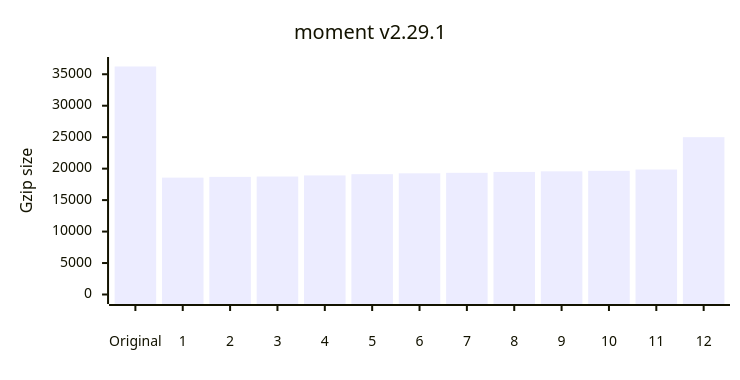
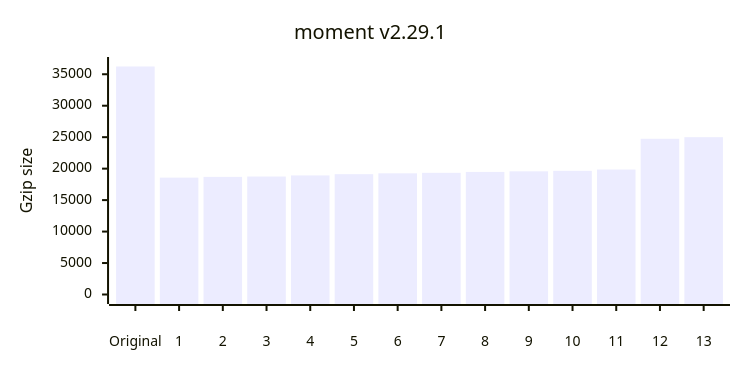
One commit to privatenumber/minification-benchmarks changed the second of 12 diagrams in README.md. Above: the diagram before and after it, drawn with Mermaid. The commit also changed other lines of this file and 1 other file, not shown here.

````diff
--- a/README.md
+++ b/README.md
@@ -117,17 +119,17 @@
 ```mermaid
 ---
 config:
     xyChart:
         width: 720
         height: 360
         xAxis:
             labelPadding: 20
         yAxis:
             labelPadding: 10
 ---
 xychart-beta
 	title "moment v2.29.1"
-	x-axis ["Original",1,2,3,4,5,6,7,8,9,10,11,12]
+	x-axis ["Original",1,2,3,4,5,6,7,8,9,10,11,12,13]
 	y-axis "Gzip size" 0 --> 36231
-	bar [36231,18568,18689,18747,18923,19119,19259,19334,19478,19569,19651,19857,24998]
+	bar [36231,18568,18689,18747,18923,19119,19259,19334,19478,19569,19651,19857,24744,24998]
 ```
````
